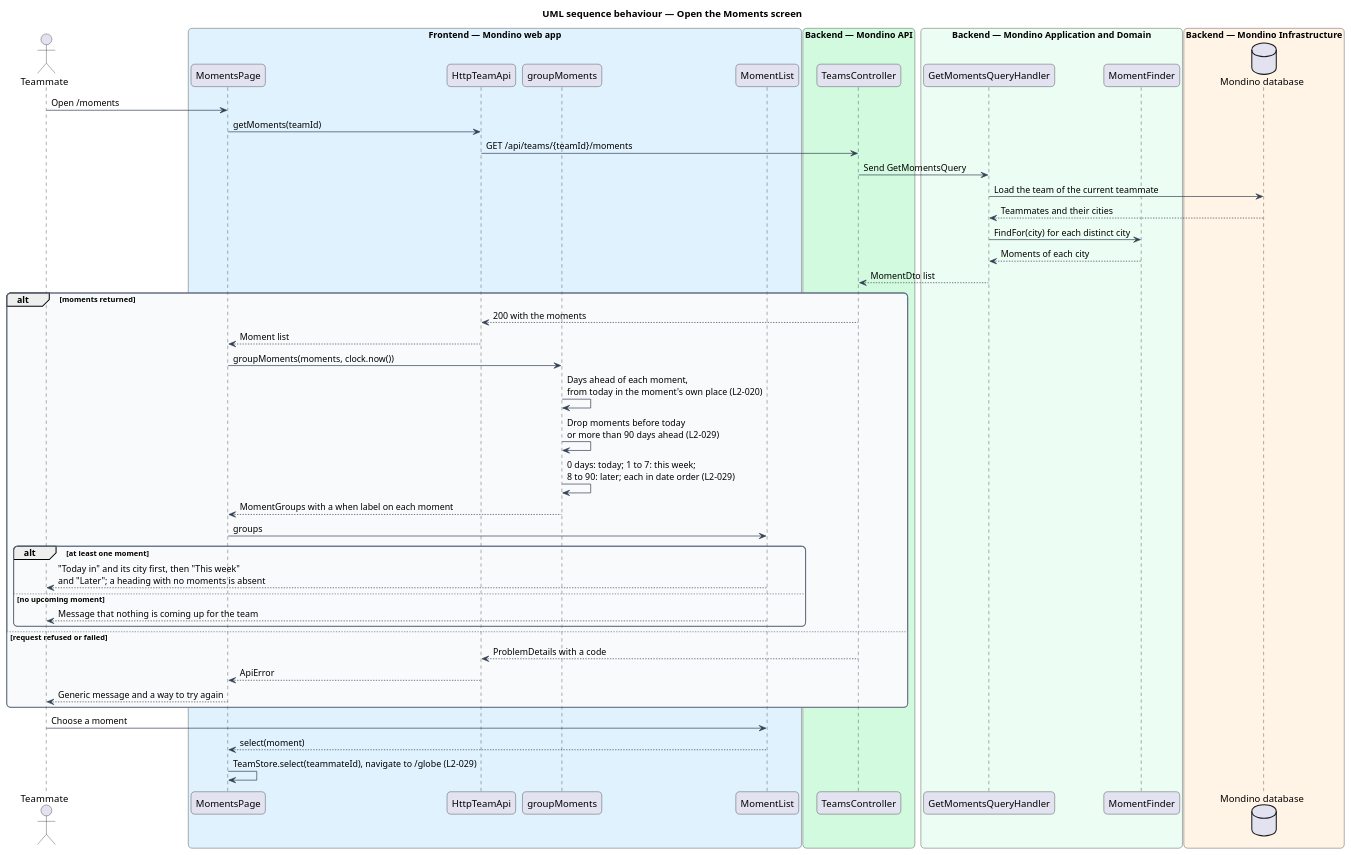
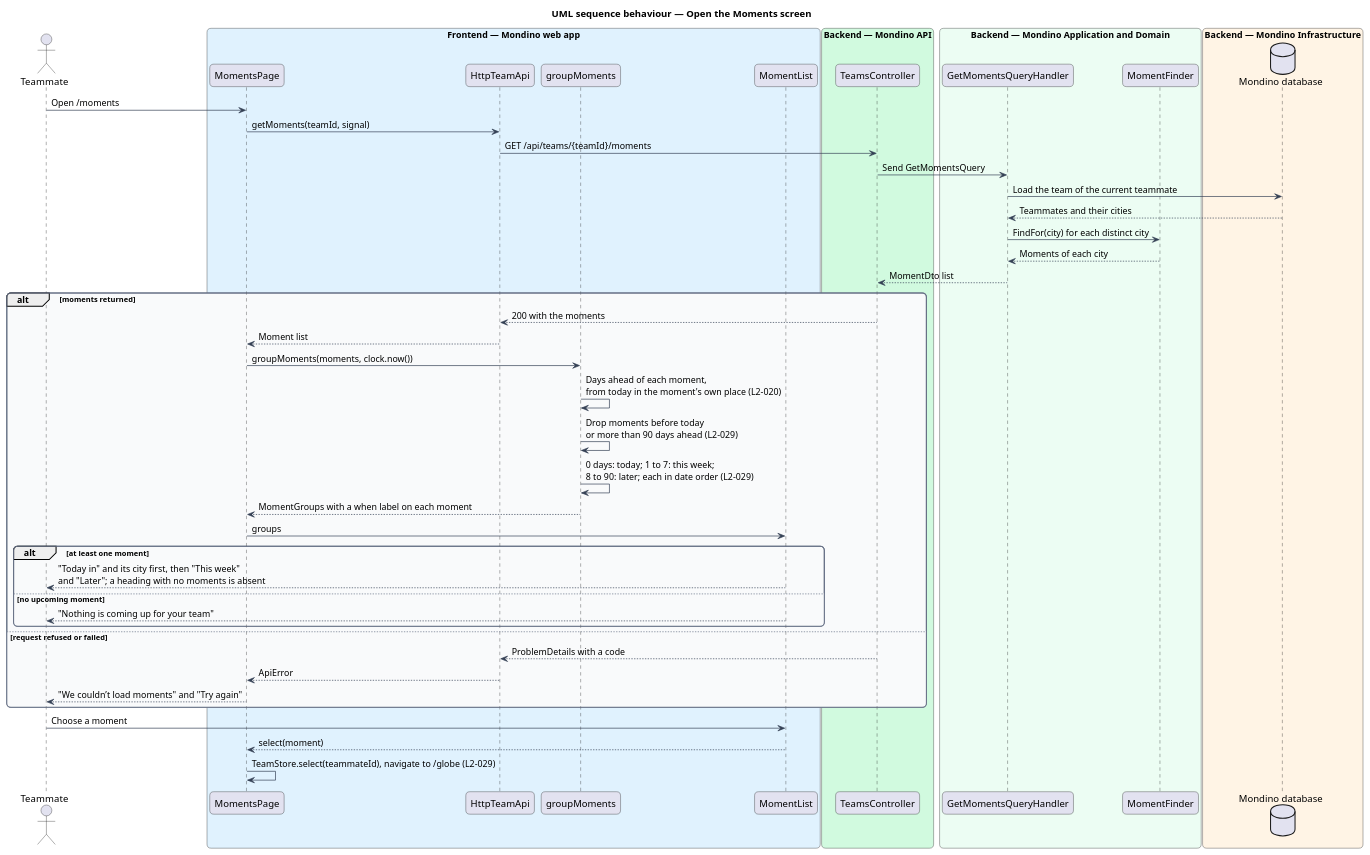
The diagram in docs/detailed-designs/moments/list-moments/diagrams/sequence-open-moments.puml (QuinntyneBrown/Mondino), drawn with PlantUML before and after one commit. The commit also changed 21 other files, not shown here.

```diff
--- a/docs/detailed-designs/moments/list-moments/diagrams/sequence-open-moments.puml
+++ b/docs/detailed-designs/moments/list-moments/diagrams/sequence-open-moments.puml
@@ -1,66 +1,66 @@
 @startuml
 title UML sequence behaviour — Open the Moments screen
 skinparam backgroundColor #FFFFFF
 skinparam shadowing false
 skinparam roundcorner 12
 skinparam defaultFontName Arial
 skinparam ArrowColor #344054
 skinparam rectangle {
   BorderColor #344054
   FontColor #101828
 }
 skinparam package {
   BorderColor #667085
   FontColor #101828
   BackgroundColor #F9FAFB
 }
 actor "Teammate" as actor
 box "Frontend — Mondino web app" #E0F2FE
   participant "MomentsPage" as page
   participant "HttpTeamApi" as client
   participant "groupMoments" as group
   participant "MomentList" as list
 end box
 box "Backend — Mondino API" #D1FADF
   participant "TeamsController" as controller
 end box
 box "Backend — Mondino Application and Domain" #ECFDF3
   participant "GetMomentsQueryHandler" as handler
   participant "MomentFinder" as finder
 end box
 box "Backend — Mondino Infrastructure" #FFF4E5
   database "Mondino database" as db
 end box
 
 actor -> page : Open /moments
-page -> client : getMoments(teamId)
+page -> client : getMoments(teamId, signal)
 client -> controller : GET /api/teams/{teamId}/moments
 controller -> handler : Send GetMomentsQuery
 handler -> db : Load the team of the current teammate
 db --> handler : Teammates and their cities
 handler -> finder : FindFor(city) for each distinct city
 finder --> handler : Moments of each city
 handler --> controller : MomentDto list
 alt moments returned
   controller --> client : 200 with the moments
   client --> page : Moment list
   page -> group : groupMoments(moments, clock.now())
   group -> group : Days ahead of each moment,\nfrom today in the moment's own place (L2-020)
   group -> group : Drop moments before today\nor more than 90 days ahead (L2-029)
   group -> group : 0 days: today; 1 to 7: this week;\n8 to 90: later; each in date order (L2-029)
   group --> page : MomentGroups with a when label on each moment
   page -> list : groups
   alt at least one moment
     list --> actor : "Today in" and its city first, then "This week"\nand "Later"; a heading with no moments is absent
   else no upcoming moment
-    list --> actor : Message that nothing is coming up for the team
+    list --> actor : "Nothing is coming up for your team"
   end
 else request refused or failed
   controller --> client : ProblemDetails with a code
   client --> page : ApiError
-  page --> actor : Generic message and a way to try again
+  page --> actor : "We couldn’t load moments" and "Try again"
 end
 actor -> list : Choose a moment
 list --> page : select(moment)
 page -> page : TeamStore.select(teammateId), navigate to /globe (L2-029)
 @enduml
```
